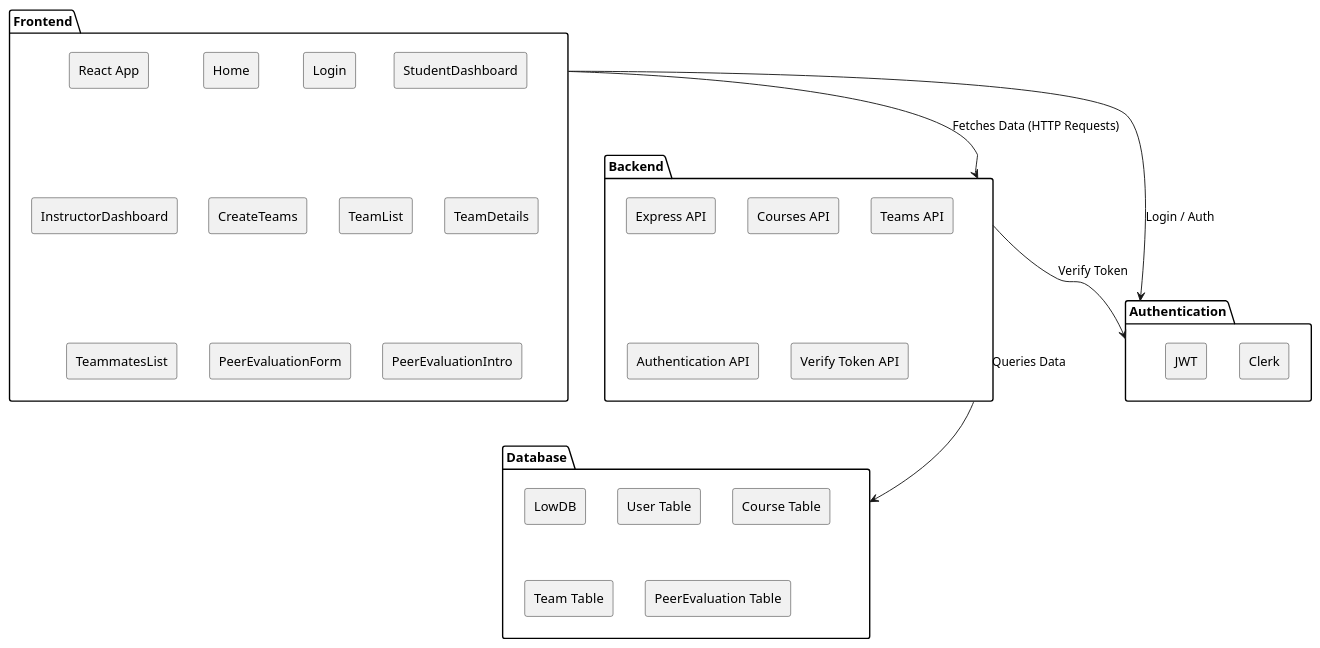
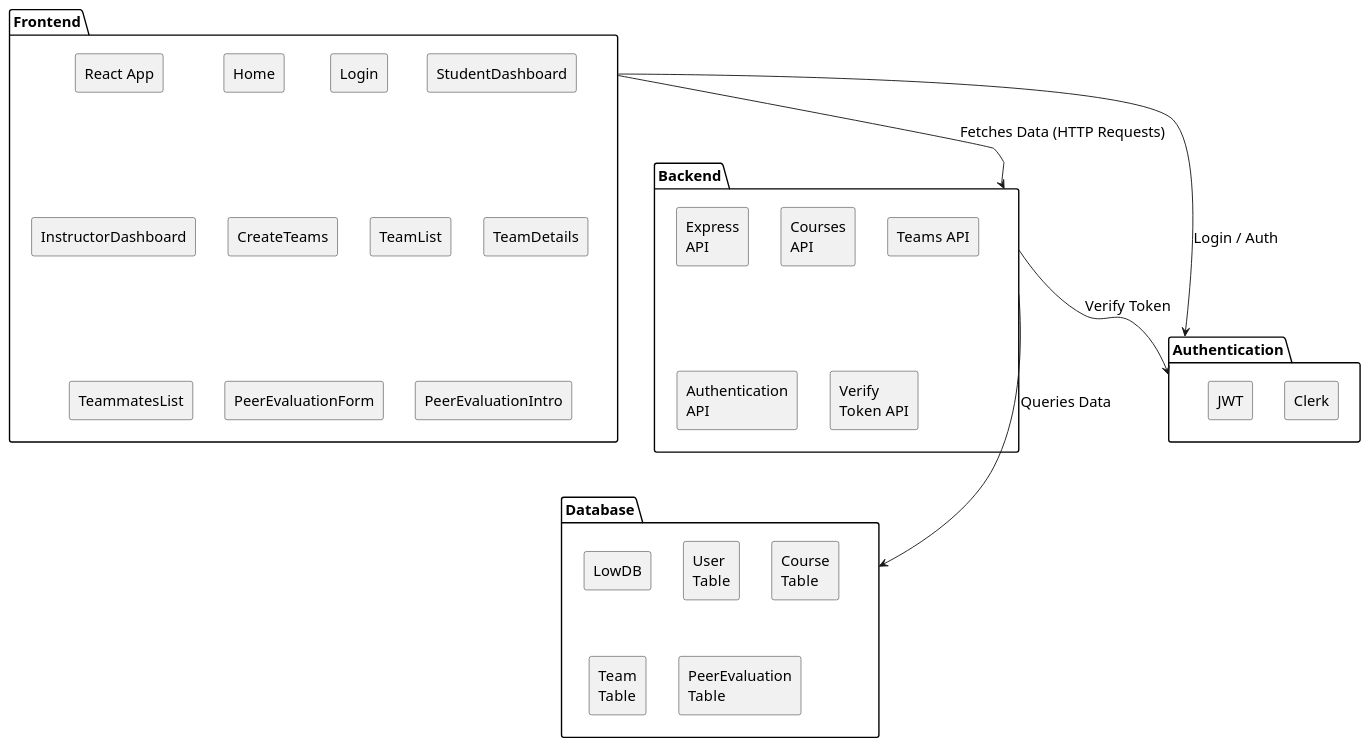
Before and after one commit to SOEN341-Fall24-TEAMW/W_TEAM_SOEN341_PROJECT_F24: the diagram in UML Diagrams/BLOCK.plantuml, drawn with PlantUML. The commit also changed 5 other files, not shown here.

Commit message:
UML Update

```diff
--- a/UML Diagrams/BLOCK.plantuml
+++ b/UML Diagrams/BLOCK.plantuml
@@ -1,45 +1,54 @@
 @startuml
 skinparam componentStyle rectangle
-skinparam pageWidth 800
-skinparam pageHeight 1200
+skinparam pageWidth 600
+skinparam pageHeight 800
+skinparam defaultFontSize 16
+skinparam wrapWidth 80
+skinparam packagePadding 10
 
+' Frontend Package
 package "Frontend" {
     [React App]
     [Home]
     [Login]
     [StudentDashboard]
     [InstructorDashboard]
     [CreateTeams]
     [TeamList]
     [TeamDetails]
     [TeammatesList]
     [PeerEvaluationForm]
     [PeerEvaluationIntro]
 }
 
+' Backend Package
 package "Backend" {
     [Express API]
     [Courses API]
     [Teams API]
     [Authentication API]
     [Verify Token API]
 }
 
+' Database Package
 package "Database" {
     [LowDB]
     [User Table]
     [Course Table]
     [Team Table]
     [PeerEvaluation Table]
 }
 
+' Authentication Package
 package "Authentication" {
     [Clerk]
     [JWT]
 }
 
+' Relationships between components
 [Frontend] --> [Backend] : "Fetches Data (HTTP Requests)"
 [Backend] --> [Database] : "Queries Data"
 [Frontend] --> [Authentication] : "Login / Auth"
 [Backend] --> [Authentication] : "Verify Token"
+
 @enduml
```
